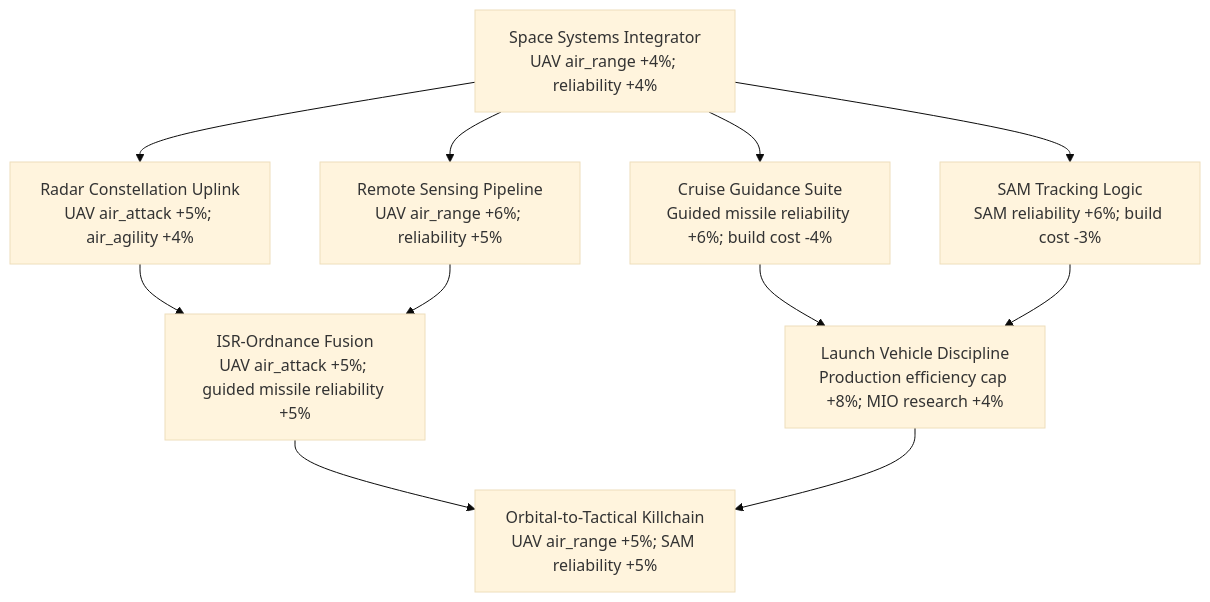
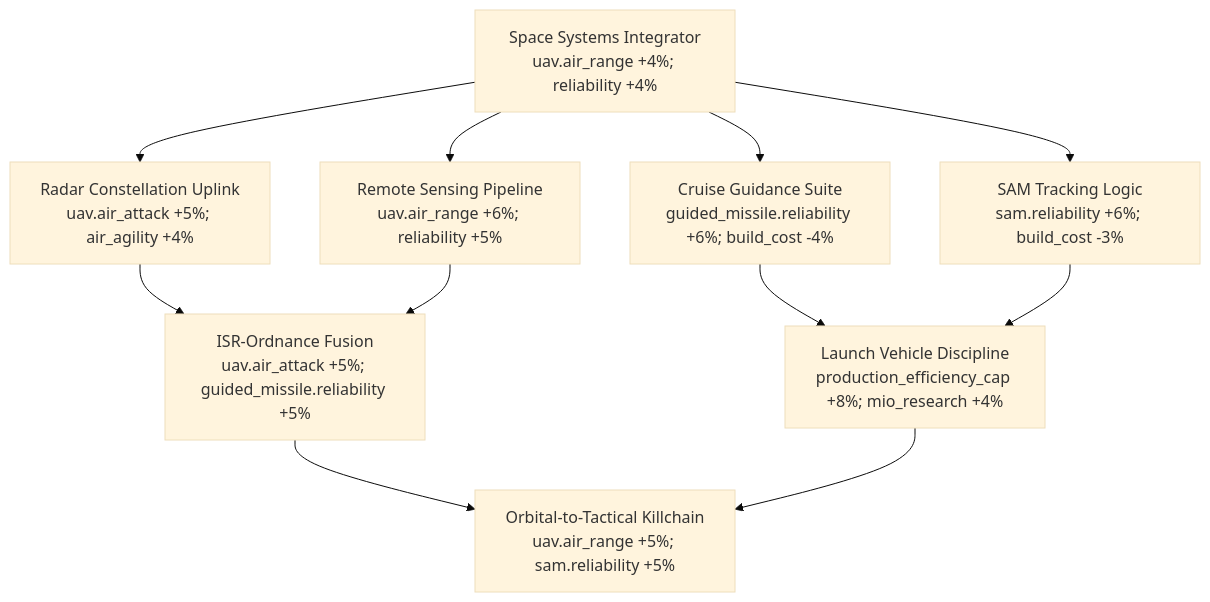
Before and after one commit to MillenniumDawn/Millennium-Dawn: the eighth of 9 diagrams in docs/countries/canada/mio.md, drawn with Mermaid (base theme). The commit also changed other lines of this file, not shown here.

Commit message:
MIO cleanup

````diff
--- a/docs/countries/canada/mio.md
+++ b/docs/countries/canada/mio.md
@@ -329,22 +327,22 @@
 ```mermaid
 flowchart TD
-    M0["Space Systems Integrator<br/>UAV air_range +4%; reliability +4%"]
-    M1["Radar Constellation Uplink<br/>UAV air_attack +5%; air_agility +4%"]
-    M2["Remote Sensing Pipeline<br/>UAV air_range +6%; reliability +5%"]
-    M3["Cruise Guidance Suite<br/>Guided missile reliability +6%; build cost -4%"]
-    M4["SAM Tracking Logic<br/>SAM reliability +6%; build cost -3%"]
-    M5["ISR-Ordnance Fusion<br/>UAV air_attack +5%; guided missile reliability +5%"]
-    M6["Launch Vehicle Discipline<br/>Production efficiency cap +8%; MIO research +4%"]
-    M7["Orbital-to-Tactical Killchain<br/>UAV air_range +5%; SAM reliability +5%"]
+    M0["Space Systems Integrator<br/>uav.air_range +4%; reliability +4%"]
+    M1["Radar Constellation Uplink<br/>uav.air_attack +5%; air_agility +4%"]
+    M2["Remote Sensing Pipeline<br/>uav.air_range +6%; reliability +5%"]
+    M3["Cruise Guidance Suite<br/>guided_missile.reliability +6%; build_cost -4%"]
+    M4["SAM Tracking Logic<br/>sam.reliability +6%; build_cost -3%"]
+    M5["ISR-Ordnance Fusion<br/>uav.air_attack +5%; guided_missile.reliability +5%"]
+    M6["Launch Vehicle Discipline<br/>production_efficiency_cap +8%; mio_research +4%"]
+    M7["Orbital-to-Tactical Killchain<br/>uav.air_range +5%; sam.reliability +5%"]
 
     M0 --> M1
     M0 --> M2
     M0 --> M3
     M0 --> M4
     M1 --> M5
     M2 --> M5
     M3 --> M6
     M4 --> M6
     M5 --> M7
     M6 --> M7
 ```
````
